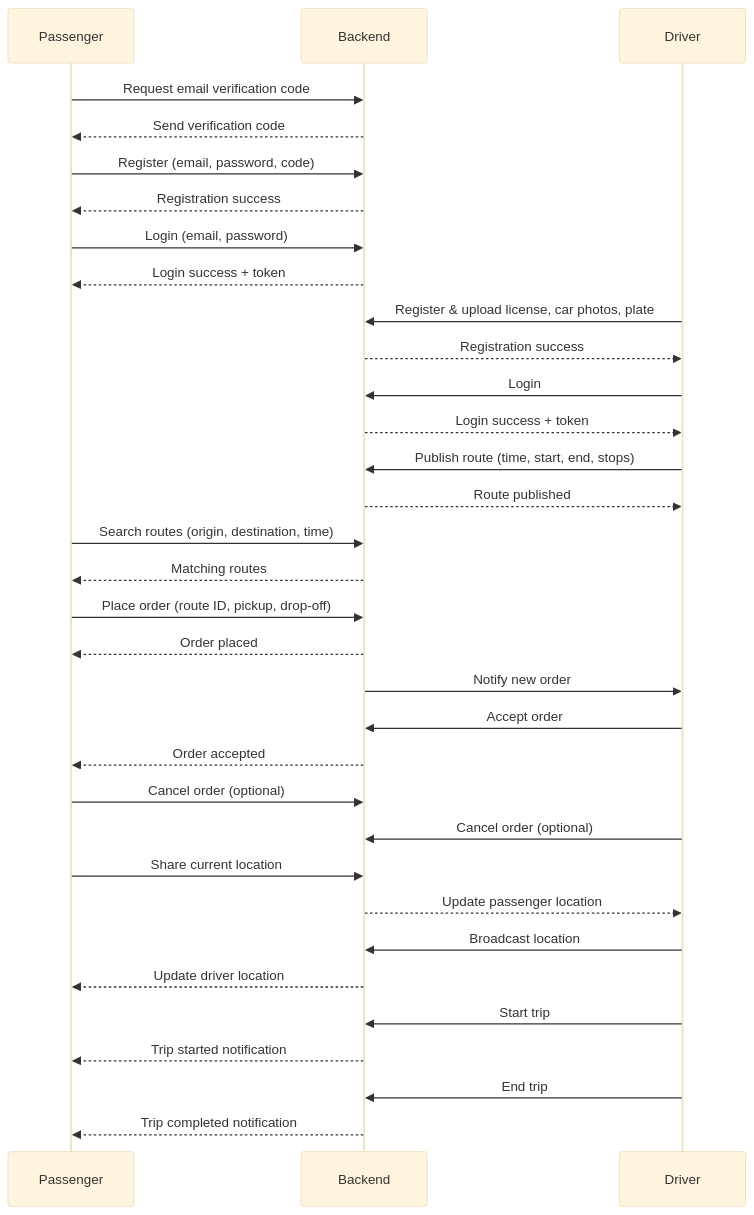
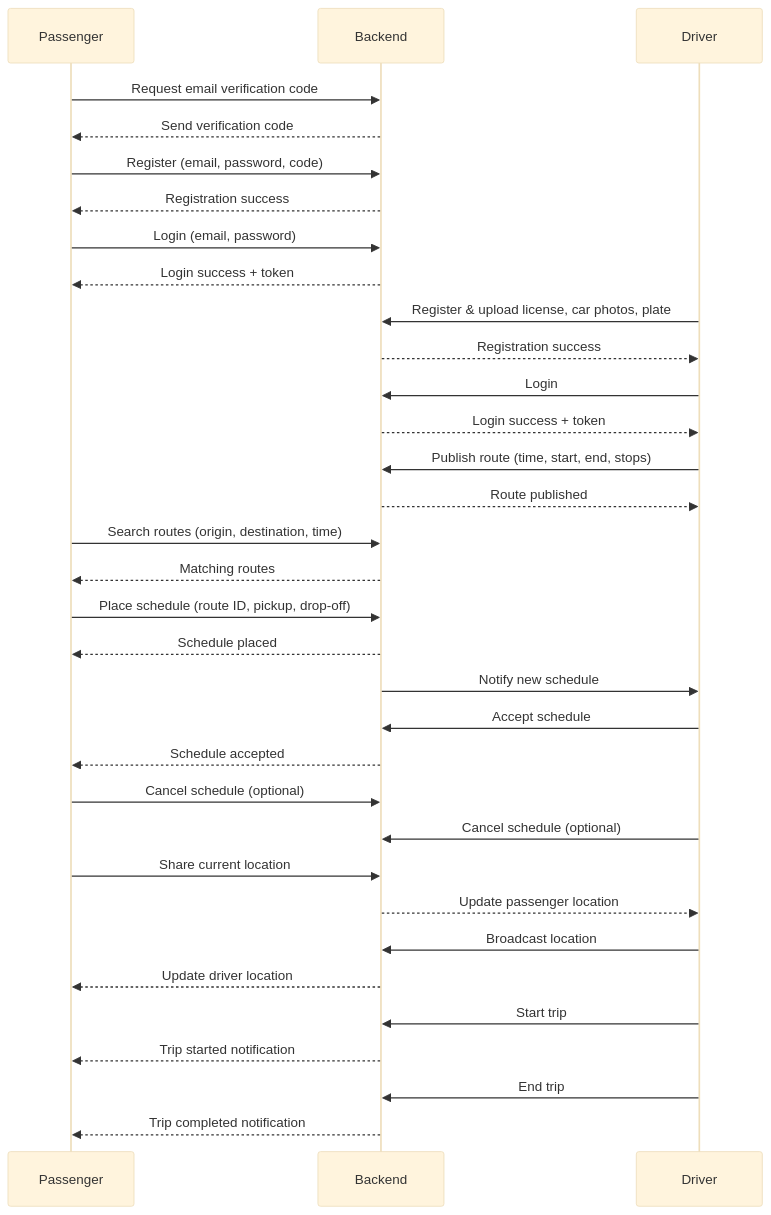
The diagram in README.md (Flexshare2025/Flexshare), drawn with Mermaid (base theme) before and after one commit. The commit also changed other lines of this file, not shown here.

````diff
--- a/README.md
+++ b/README.md
@@ -32,45 +32,45 @@
 ```mermaid
 sequenceDiagram
     participant Passenger
     participant Backend
     participant Driver
 
     %% Registration & Login
     Passenger->>Backend: Request email verification code
     Backend-->>Passenger: Send verification code
     Passenger->>Backend: Register (email, password, code)
     Backend-->>Passenger: Registration success
     Passenger->>Backend: Login (email, password)
     Backend-->>Passenger: Login success + token
     Driver->>Backend: Register & upload license, car photos, plate
     Backend-->>Driver: Registration success
     Driver->>Backend: Login
     Backend-->>Driver: Login success + token
 
     %% Route Publish & Search
     Driver->>Backend: Publish route (time, start, end, stops)
     Backend-->>Driver: Route published
     Passenger->>Backend: Search routes (origin, destination, time)
     Backend-->>Passenger: Matching routes
 
-    %% Order Placement & Acceptance
-    Passenger->>Backend: Place order (route ID, pickup, drop-off)
-    Backend-->>Passenger: Order placed
-    Backend->>Driver: Notify new order
-    Driver->>Backend: Accept order
-    Backend-->>Passenger: Order accepted
-    Passenger->>Backend: Cancel order (optional)
-    Driver->>Backend: Cancel order (optional)
+    %% Schedule Placement & Acceptance
+    Passenger->>Backend: Place schedule (route ID, pickup, drop-off)
+    Backend-->>Passenger: Schedule placed
+    Backend->>Driver: Notify new schedule
+    Driver->>Backend: Accept schedule
+    Backend-->>Passenger: Schedule accepted
+    Passenger->>Backend: Cancel schedule (optional)
+    Driver->>Backend: Cancel schedule (optional)
 
     %% Real-time Location Sharing
     Passenger->>Backend: Share current location
     Backend-->>Driver: Update passenger location
     Driver->>Backend: Broadcast location
     Backend-->>Passenger: Update driver location
 
     %% Trip Start & End
     Driver->>Backend: Start trip
     Backend-->>Passenger: Trip started notification
     Driver->>Backend: End trip
     Backend-->>Passenger: Trip completed notification
 ```
````
